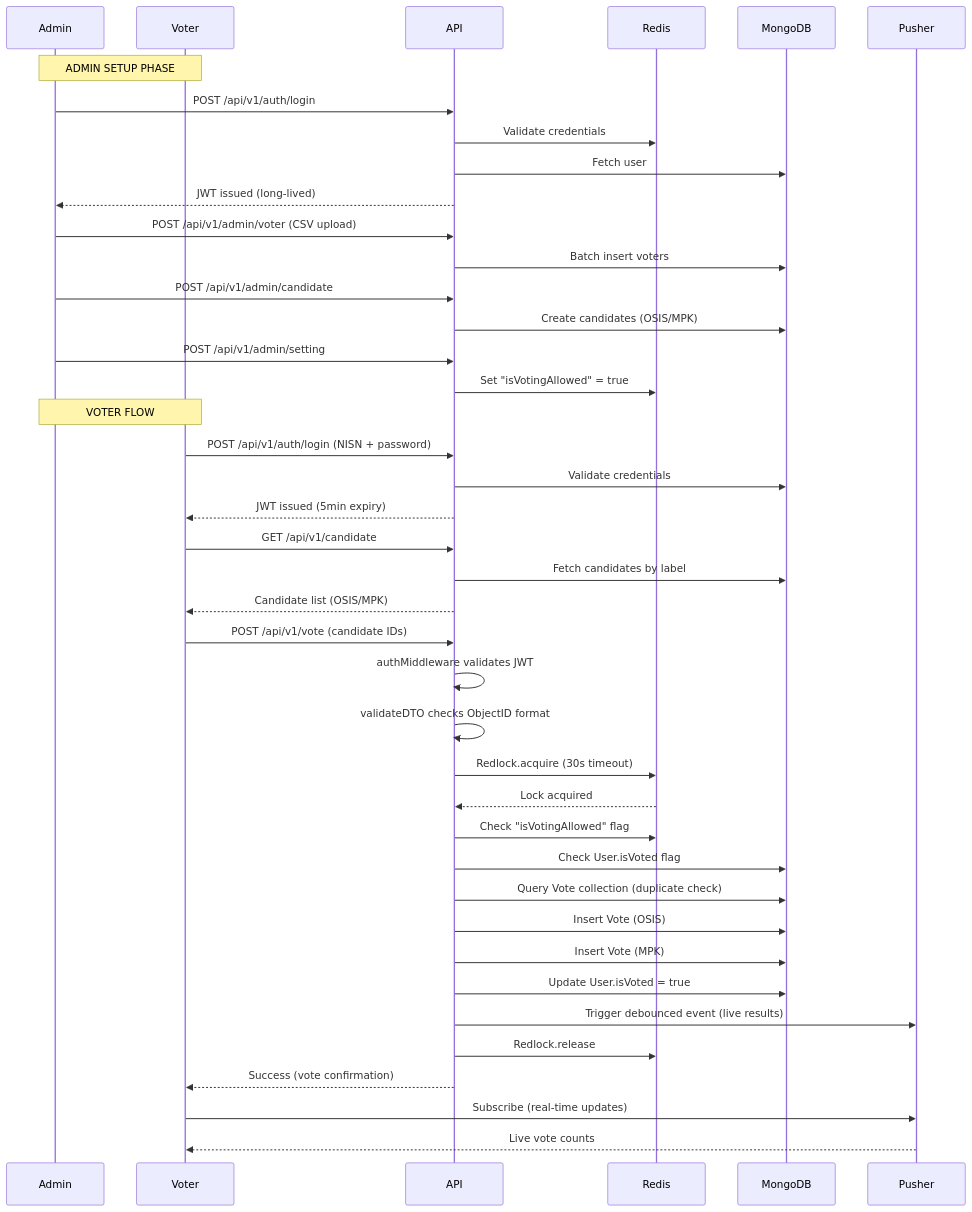
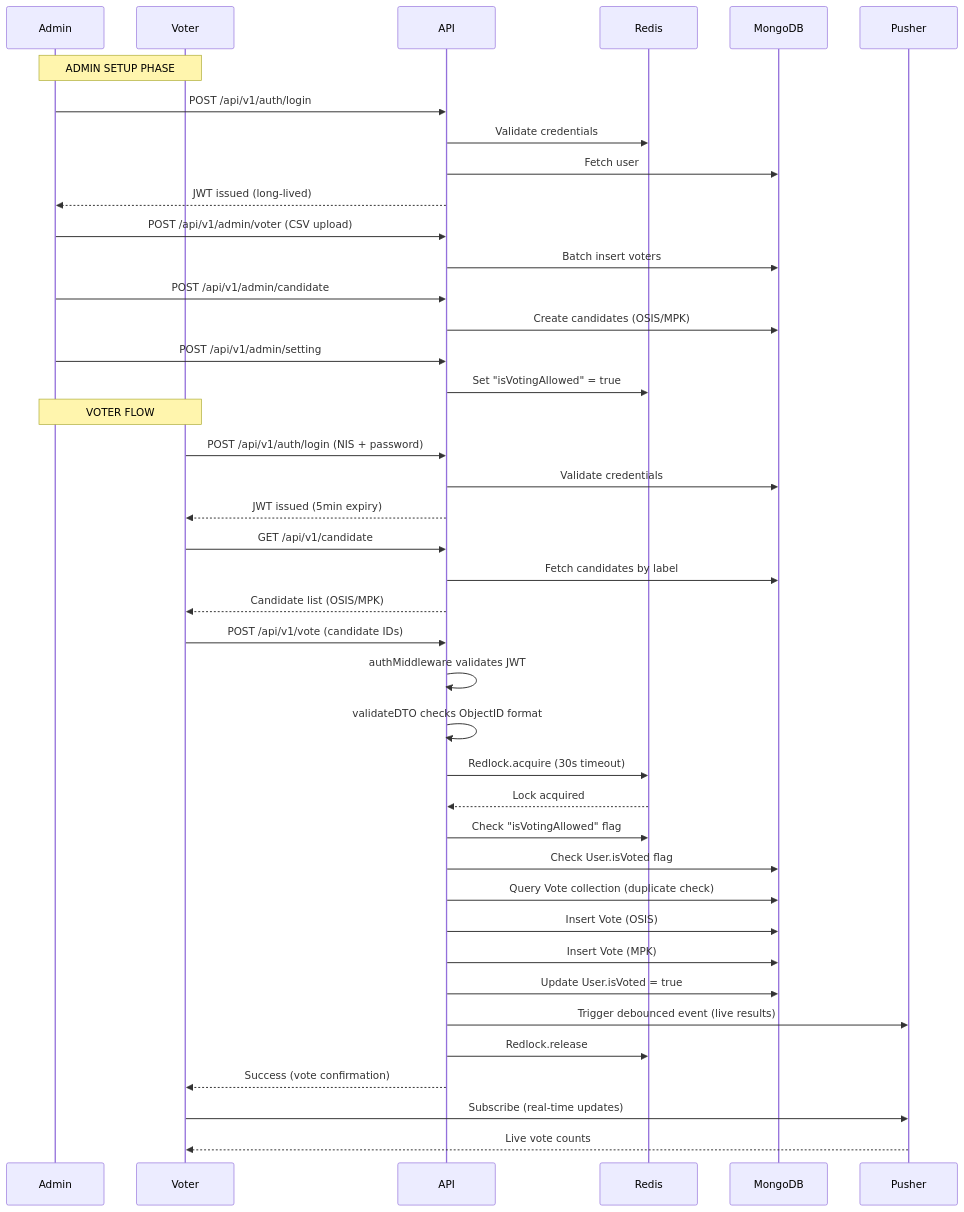
Before and after one commit to MiloAillo/pemilos-backend: the second of 2 diagrams in README.md, drawn with Mermaid. The commit also changed other lines of this file and 1 other file, not shown here.

Commit message:
[-]fix/docs: update NISN references to NIS in README and user model documentation

````diff
--- a/README.md
+++ b/README.md
@@ -164,57 +164,57 @@
 ```mermaid
 sequenceDiagram
     participant Admin
     participant Voter
     participant API
     participant Redis
     participant MongoDB
     participant Pusher
 
     Note over Admin,Voter: ADMIN SETUP PHASE
 
     Admin->>API: POST /api/v1/auth/login
     API->>Redis: Validate credentials
     API->>MongoDB: Fetch user
     API-->>Admin: JWT issued (long-lived)
 
     Admin->>API: POST /api/v1/admin/voter (CSV upload)
     API->>MongoDB: Batch insert voters
 
     Admin->>API: POST /api/v1/admin/candidate
     API->>MongoDB: Create candidates (OSIS/MPK)
 
     Admin->>API: POST /api/v1/admin/setting
     API->>Redis: Set "isVotingAllowed" = true
 
     Note over Admin,Voter: VOTER FLOW
 
-    Voter->>API: POST /api/v1/auth/login (NISN + password)
+    Voter->>API: POST /api/v1/auth/login (NIS + password)
     API->>MongoDB: Validate credentials
     API-->>Voter: JWT issued (5min expiry)
 
     Voter->>API: GET /api/v1/candidate
     API->>MongoDB: Fetch candidates by label
     API-->>Voter: Candidate list (OSIS/MPK)
 
     Voter->>API: POST /api/v1/vote (candidate IDs)
     API->>API: authMiddleware validates JWT
     API->>API: validateDTO checks ObjectID format
 
     API->>Redis: Redlock.acquire (30s timeout)
     Redis-->>API: Lock acquired
 
     API->>Redis: Check "isVotingAllowed" flag
     API->>MongoDB: Check User.isVoted flag
     API->>MongoDB: Query Vote collection (duplicate check)
 
     API->>MongoDB: Insert Vote (OSIS)
     API->>MongoDB: Insert Vote (MPK)
     API->>MongoDB: Update User.isVoted = true
 
     API->>Pusher: Trigger debounced event (live results)
     API->>Redis: Redlock.release
     API-->>Voter: Success (vote confirmation)
 
     Voter->>Pusher: Subscribe (real-time updates)
     Pusher-->>Voter: Live vote counts
 ```
````
